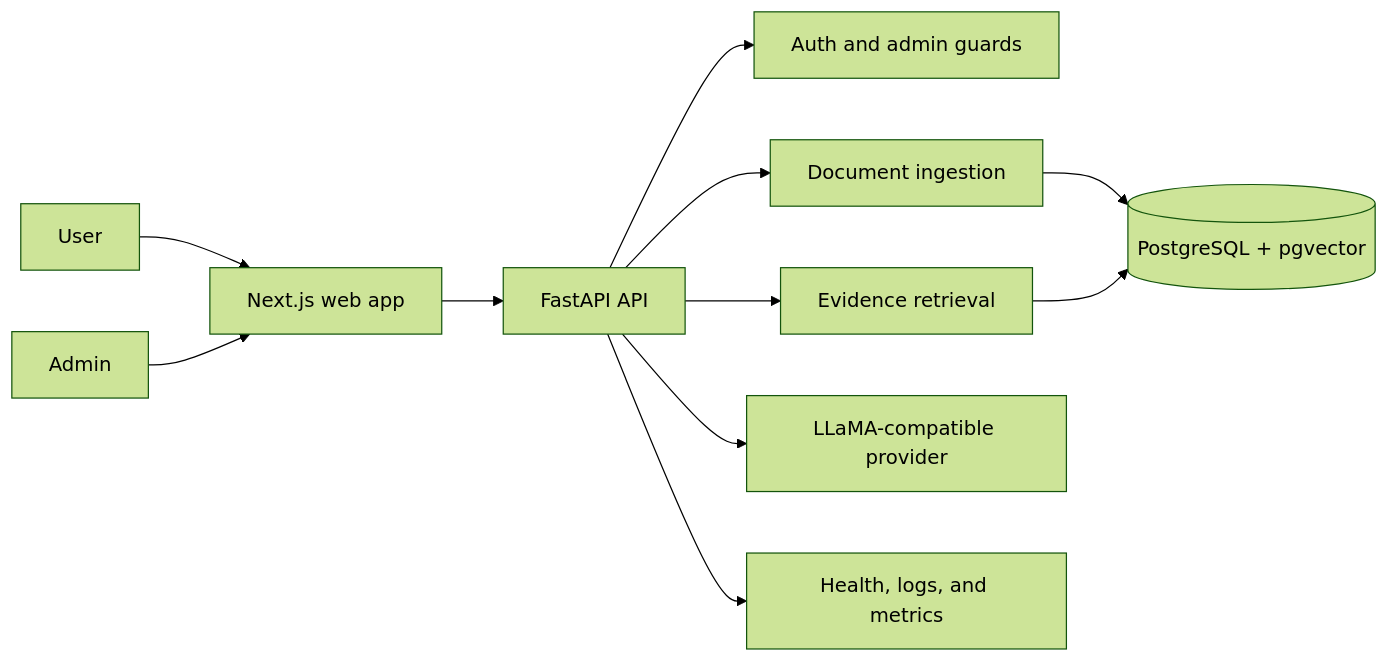
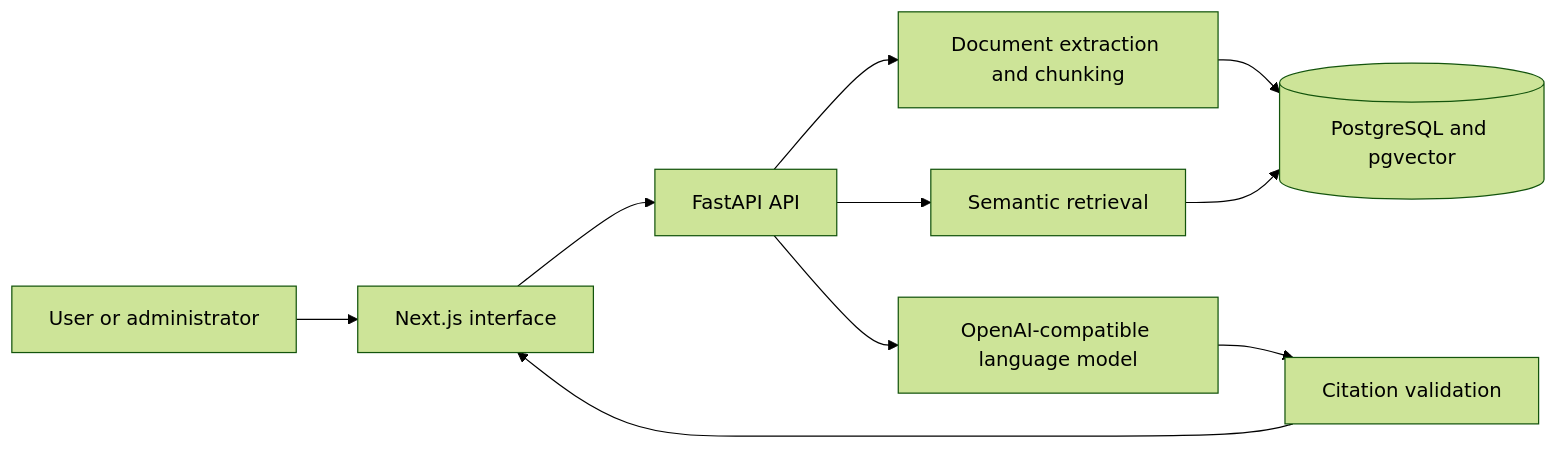
The diagram in README.md (krishkpatel-hub/GroundStack), drawn with Mermaid (forest theme) before and after one commit. The commit also changed other lines of this file and 263 other files, not shown here.

````diff
--- a/README.md
+++ b/README.md
@@ -31,13 +35,12 @@
 ```mermaid
 flowchart LR
-  User[User] --> Web[Next.js web app]
-  Admin[Admin] --> Web
+  User[User or administrator] --> Web[Next.js interface]
   Web --> API[FastAPI API]
-  API --> Auth[Auth and admin guards]
-  API --> Ingest[Document ingestion]
-  Ingest --> PG[(PostgreSQL + pgvector)]
-  API --> Retrieve[Evidence retrieval]
-  Retrieve --> PG
-  API --> LLM[LLaMA-compatible provider]
-  API --> Obs[Health, logs, and metrics]
+  API --> Ingest[Document extraction and chunking]
+  Ingest --> DB[(PostgreSQL and pgvector)]
+  API --> Search[Semantic retrieval]
+  Search --> DB
+  API --> Model[OpenAI-compatible language model]
+  Model --> Validate[Citation validation]
+  Validate --> Web
 ```
````
